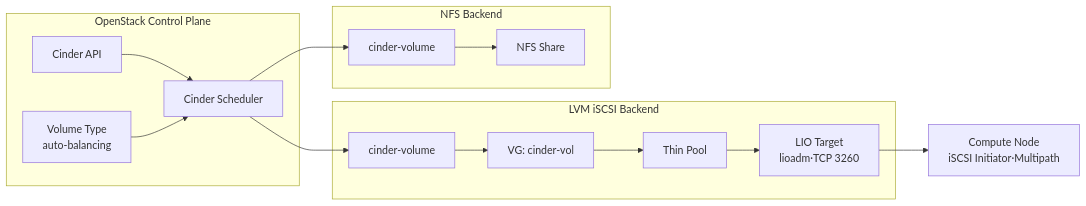
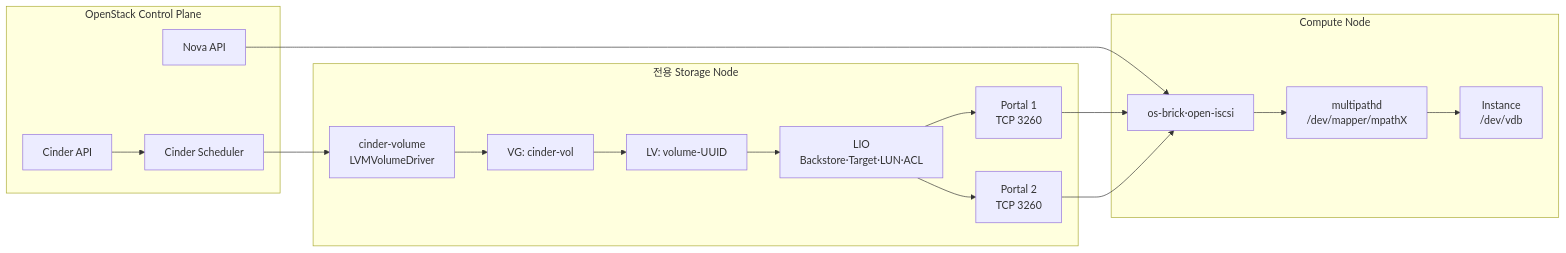
Before and after one commit to island-wq/openstack-vpc-portfolio: the first of 5 diagrams in docs/test-cases/lvm-iscsi-cinder-backend.md, drawn with Mermaid. The commit also changed other lines of this file and 4 other files, not shown here.

Commit message:
Revise LVM iSCSI test case guide

````diff
--- a/docs/test-cases/lvm-iscsi-cinder-backend.md
+++ b/docs/test-cases/lvm-iscsi-cinder-backend.md
@@ -23,29 +43,30 @@
 ```mermaid
 flowchart LR
   subgraph control["OpenStack Control Plane"]
     api["Cinder API"]
     scheduler["Cinder Scheduler"]
-    type["Volume Type<br/>auto-balancing"]
+    nova["Nova API"]
   end
 
-  subgraph lvm["LVM iSCSI Backend"]
-    volume["cinder-volume"]
+  subgraph storage["전용 Storage Node"]
+    volume["cinder-volume<br/>LVMVolumeDriver"]
     vg["VG: cinder-vol"]
-    thin["Thin Pool"]
-    lio["LIO Target<br/>lioadm·TCP 3260"]
+    lv["LV: volume-UUID"]
+    lio["LIO<br/>Backstore·Target·LUN·ACL"]
+    p1["Portal 1<br/>TCP 3260"]
+    p2["Portal 2<br/>TCP 3260"]
   end
 
-  subgraph nfs["NFS Backend"]
-    nfsVolume["cinder-volume"]
-    share["NFS Share"]
+  subgraph compute["Compute Node"]
+    brick["os-brick·open-iscsi"]
+    multipath["multipathd<br/>/dev/mapper/mpathX"]
+    vm["Instance<br/>/dev/vdb"]
   end
 
-  initiator["Compute Node<br/>iSCSI Initiator·Multipath"]
-
-  api --> scheduler
-  type --> scheduler
-  scheduler --> volume
-  scheduler --> nfsVolume
-  volume --> vg --> thin --> lio --> initiator
-  nfsVolume --> share
+  api --> scheduler --> volume
+  nova --> brick
+  volume --> vg --> lv --> lio
+  lio --> p1 --> brick
+  lio --> p2 --> brick
+  brick --> multipath --> vm
 ```
````
